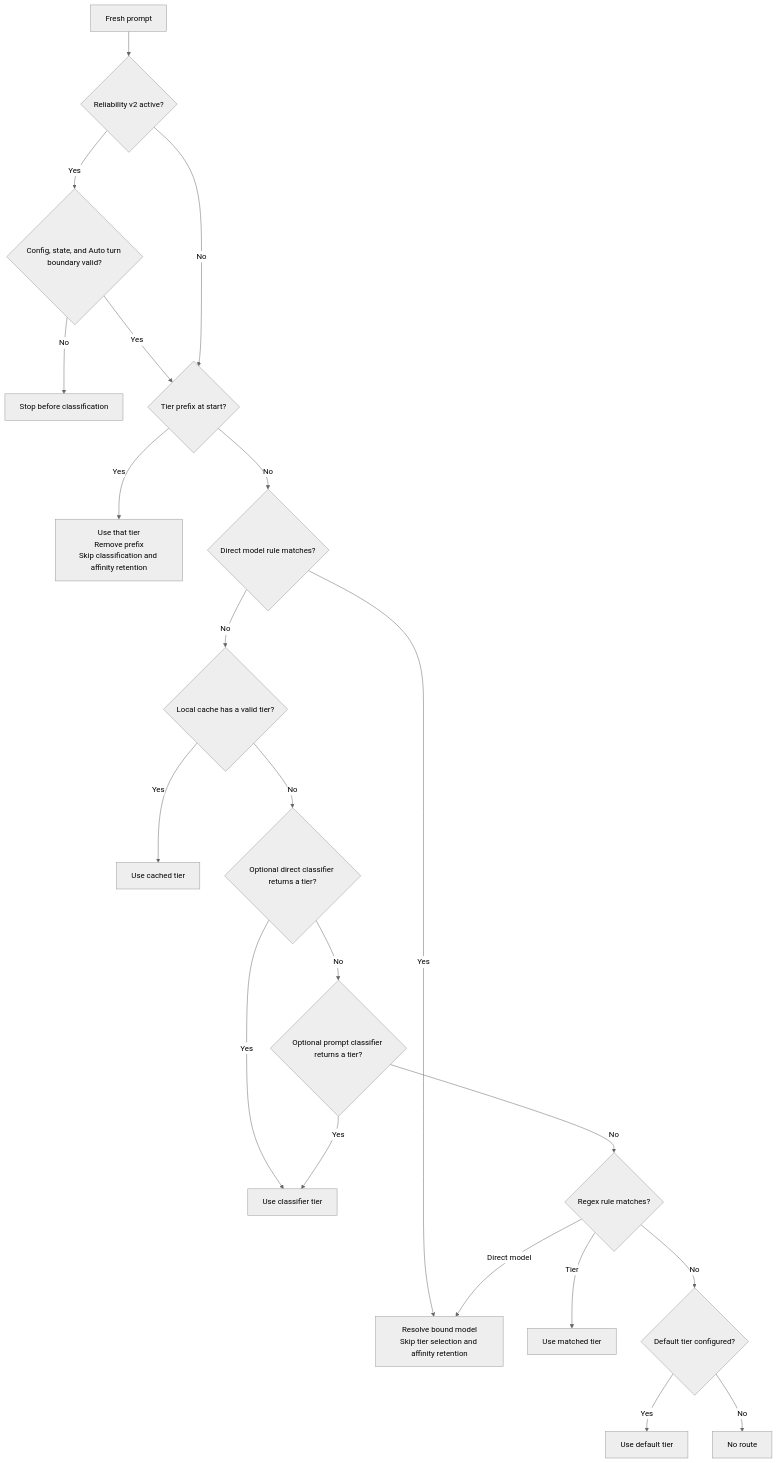
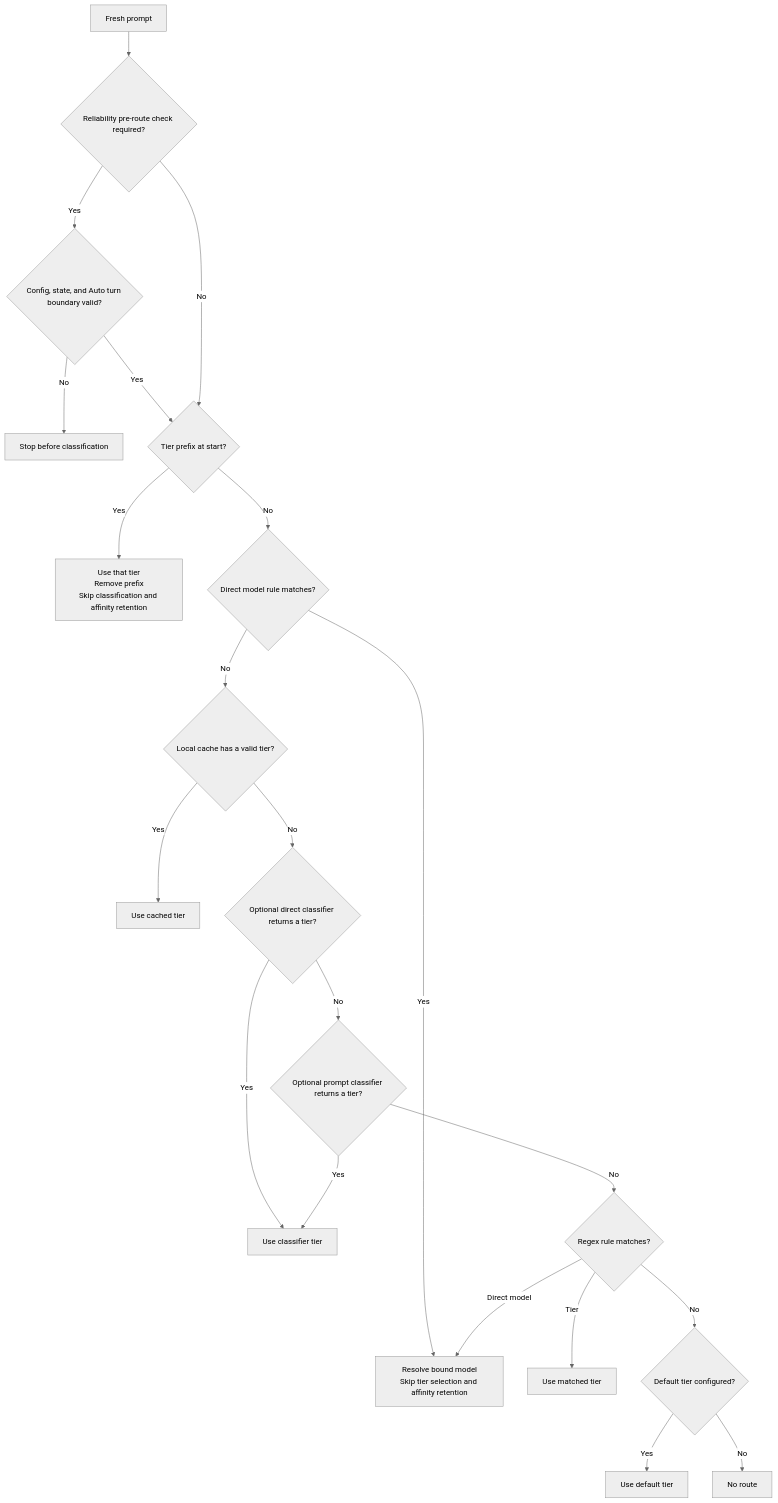
One commit to iamaamir/pi-bifrost changed the second of 4 diagrams in README.md. Above: the diagram before and after it, drawn with Mermaid (neutral theme). The commit also changed other lines of this file and 4 other files, not shown here.

````diff
--- a/README.md
+++ b/README.md
@@ -101,23 +101,23 @@
 ```mermaid
 flowchart TD
-    A["Fresh prompt"] --> B{"Reliability v2 active?"}
+    A["Fresh prompt"] --> B{"Reliability pre-route check required?"}
     B -- Yes --> C{"Config, state, and Auto turn boundary valid?"}
     C -- No --> D["Stop before classification"]
     C -- Yes --> E{"Tier prefix at start?"}
     B -- No --> E
     E -- Yes --> F["Use that tier<br/>Remove prefix<br/>Skip classification and affinity retention"]
     E -- No --> G{"Direct model rule matches?"}
     G -- Yes --> H["Resolve bound model<br/>Skip tier selection and affinity retention"]
     G -- No --> I{"Local cache has a valid tier?"}
     I -- Yes --> J["Use cached tier"]
     I -- No --> K{"Optional direct classifier returns a tier?"}
     K -- Yes --> L["Use classifier tier"]
     K -- No --> M{"Optional prompt classifier returns a tier?"}
     M -- Yes --> L
     M -- No --> N{"Regex rule matches?"}
     N -- Tier --> O["Use matched tier"]
     N -- Direct model --> H
     N -- No --> P{"Default tier configured?"}
     P -- Yes --> Q["Use default tier"]
     P -- No --> R["No route"]
 ```
````
